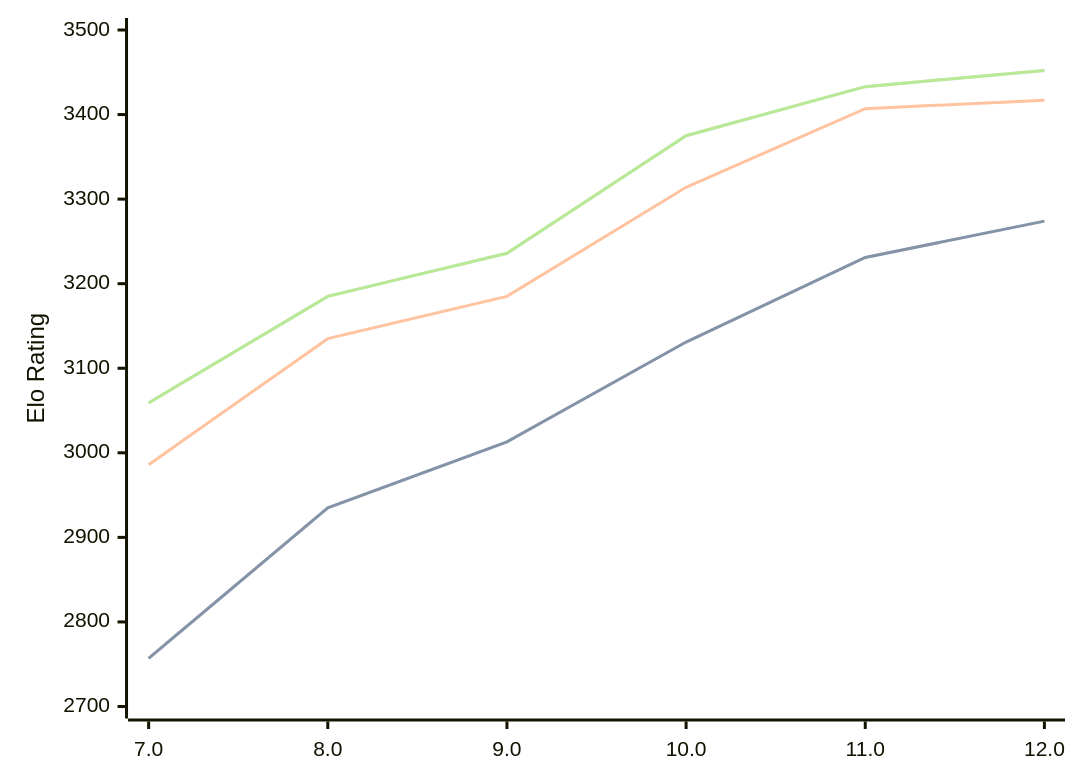
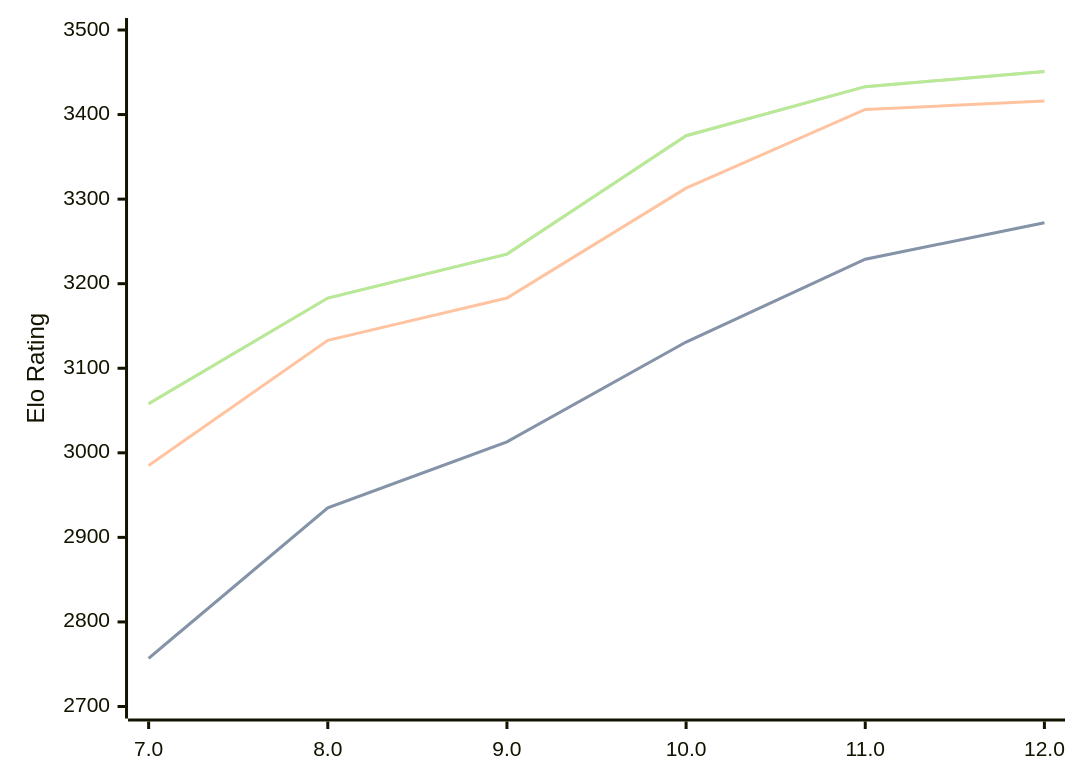
Before and after one commit to computer-chess-index/cci: the third of 3 diagrams in engines/Tcheran.md, drawn with Mermaid. The commit also changed other lines of this file, not shown here.

Commit message:
Update CCI Ratings (ELO VLTC) - 2026-07-15

````diff
--- a/engines/Tcheran.md
+++ b/engines/Tcheran.md
@@ -83,11 +83,11 @@
 ```mermaid
 %%{init: {"theme":"base","themeVariables":{"seriesColors:['#a3a3a3','#222221','#faa371']}}}%%
 xychart-beta
   x-axis ["7.0", "8.0", "9.0", "10.0", "11.0", "12.0"]
   y-axis "Elo Rating" 2700 --> 3500
-  line "STC (8.0+0.08s)" [2757, 2935, 3013, 3131, 3231, 3274]
-  line "STC (8.0+0.08s)" [2757, 2935, 3013, 3131, 3231, 3274]
-  line "LTC (60.0+0.60s)" [2986, 3135, 3185, 3314, 3407, 3417]
-  line "VLTC (2m24s+1.12s)" [3059, 3185, 3236, 3375, 3433, 3452]
-  line "VLTC (2m24s+1.12s)" [3059, 3185, 3236, 3375, 3433, 3452]
+  line "STC (8.0+0.08s)" [2757, 2935, 3013, 3131, 3229, 3272]
+  line "STC (8.0+0.08s)" [2757, 2935, 3013, 3131, 3229, 3272]
+  line "LTC (60.0+0.60s)" [2985, 3133, 3183, 3313, 3406, 3416]
+  line "VLTC (2m24s+1.12s)" [3058, 3183, 3235, 3375, 3433, 3451]
+  line "VLTC (2m24s+1.12s)" [3058, 3183, 3235, 3375, 3433, 3451]
 ```
````
